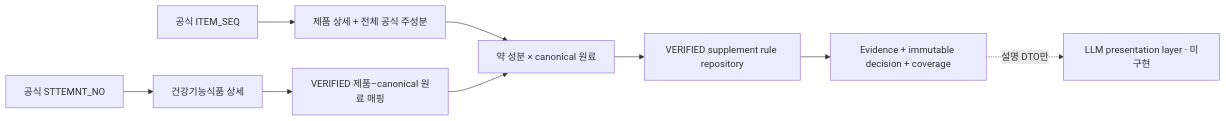
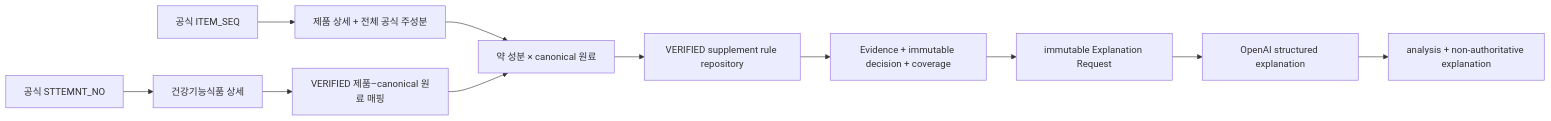
Before and after one commit to tmdrua02/AX_Hackathon_Caviar: the fourth of 5 diagrams in backend/docs/architecture.md, drawn with Mermaid. The commit also changed other lines of this file and 70 other files, not shown here.

````diff
--- a/backend/docs/architecture.md
+++ b/backend/docs/architecture.md
@@ -127,11 +128,13 @@
 ```mermaid
 flowchart LR
     MP["공식 ITEM_SEQ"] --> MR["제품 상세 + 전체 공식 주성분"]
     SP["공식 STTEMNT_NO"] --> SR["건강기능식품 상세"]
     SR --> VM["VERIFIED 제품–canonical 원료 매핑"]
     MR --> CP["약 성분 × canonical 원료"]
     VM --> CP
     CP --> VR["VERIFIED supplement rule repository"]
     VR --> EV["Evidence + immutable decision + coverage"]
-    EV -. "설명 DTO만" .-> LLM["LLM presentation layer · 미구현"]
+    EV --> REQ["immutable Explanation Request"]
+    REQ --> LLM["OpenAI structured explanation"]
+    LLM --> FR["analysis + non-authoritative explanation"]
 ```
````
